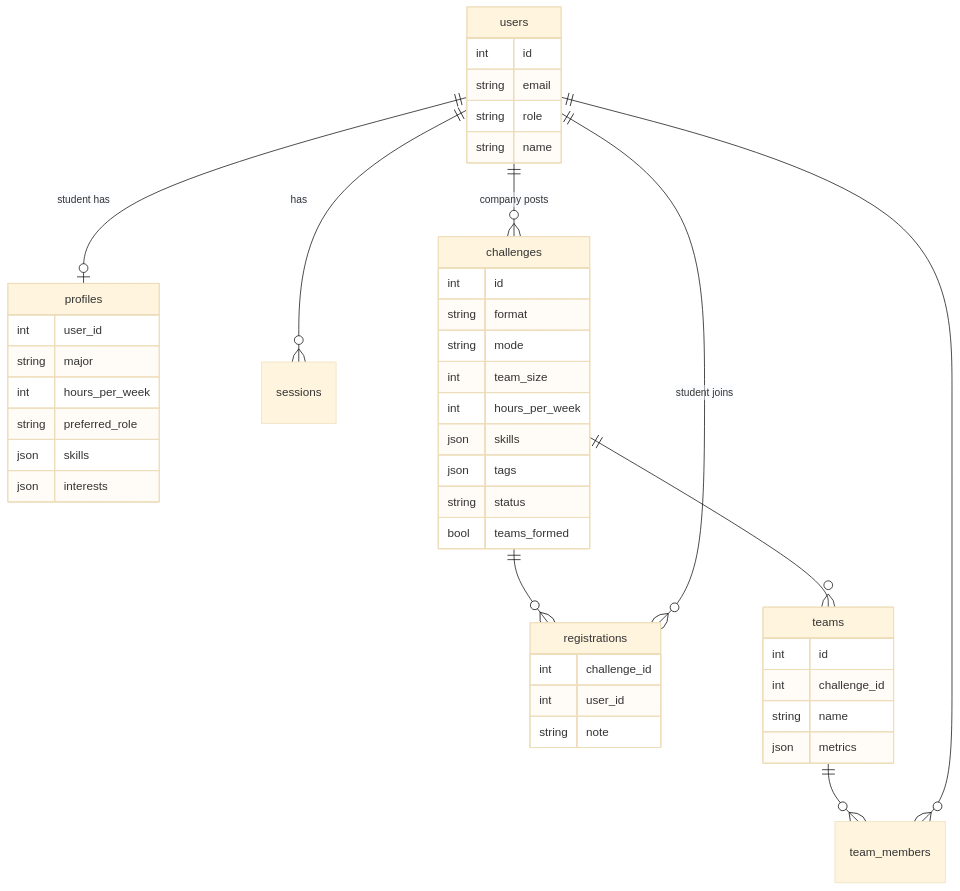
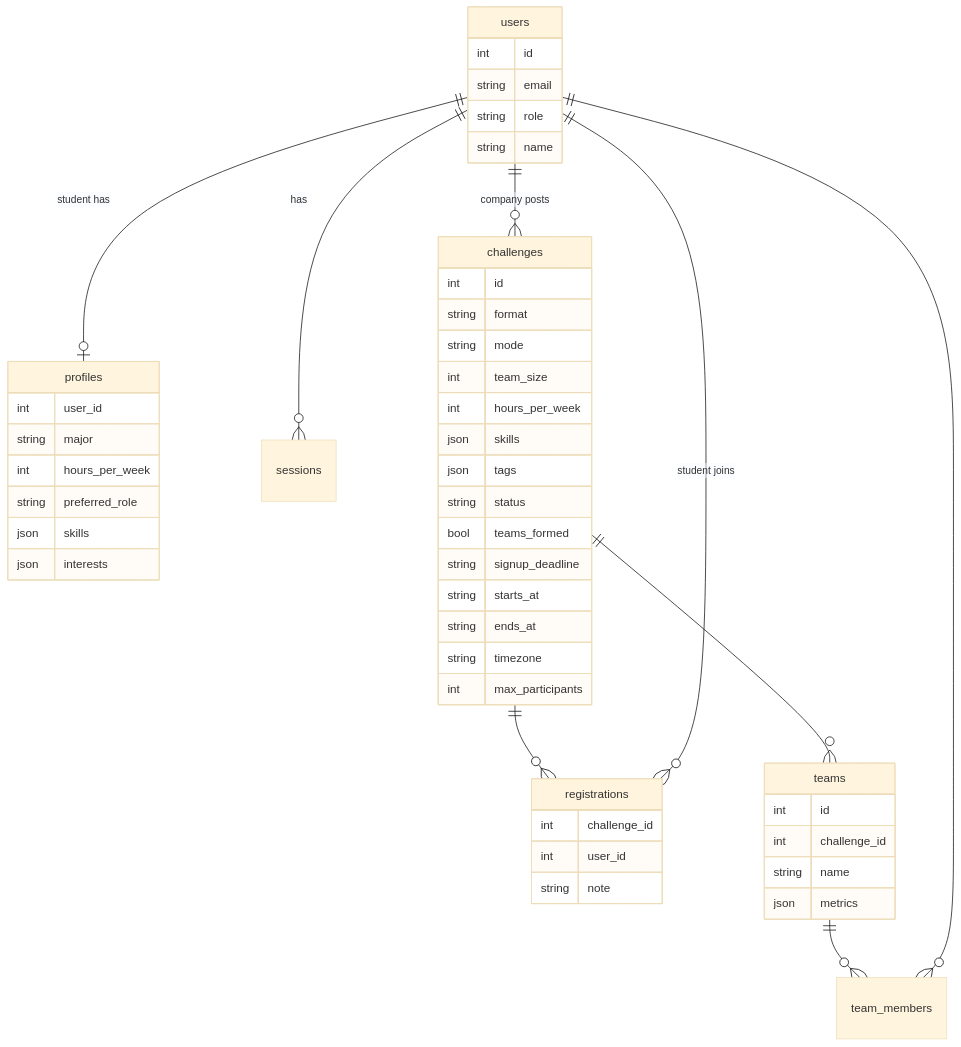
One commit to alinaliu2025/rungs changed the second of 3 diagrams in docs/architecture.md. Above: the diagram before and after it, drawn with Mermaid (base theme). The commit also changed other lines of this file and 12 other files, not shown here.

````diff
--- a/docs/architecture.md
+++ b/docs/architecture.md
@@ -30,17 +33,17 @@
 ```mermaid
 erDiagram
   users ||--o| profiles : "student has"
   users ||--o{ sessions : has
   users ||--o{ challenges : "company posts"
   challenges ||--o{ registrations : ""
   users ||--o{ registrations : "student joins"
   challenges ||--o{ teams : ""
   teams ||--o{ team_members : ""
   users ||--o{ team_members : ""
 
   users { int id string email string role string name }
   profiles { int user_id string major int hours_per_week string preferred_role json skills json interests }
-  challenges { int id string format string mode int team_size int hours_per_week json skills json tags string status bool teams_formed }
+  challenges { int id string format string mode int team_size int hours_per_week json skills json tags string status bool teams_formed string signup_deadline string starts_at string ends_at string timezone int max_participants }
   registrations { int challenge_id int user_id string note }
   teams { int id int challenge_id string name json metrics }
 ```
````
